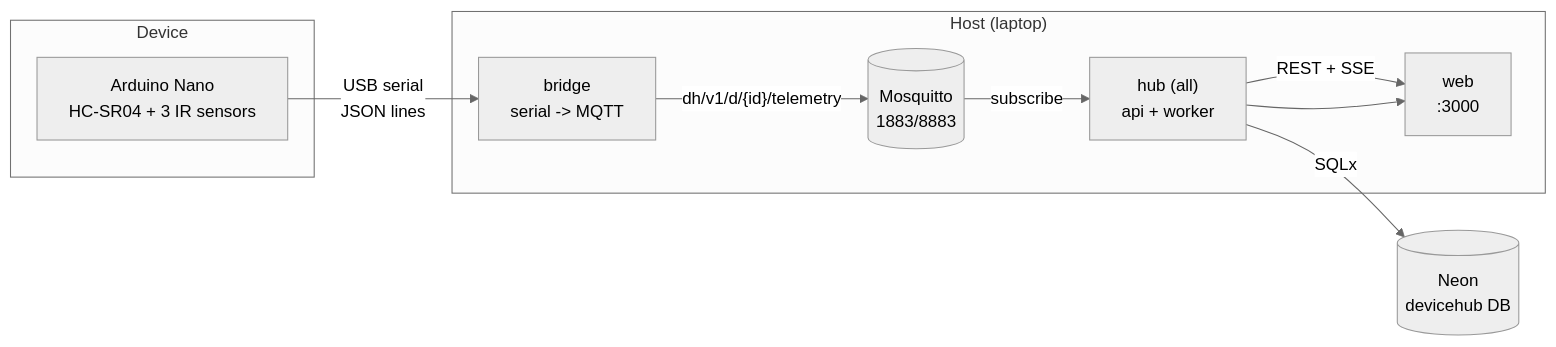
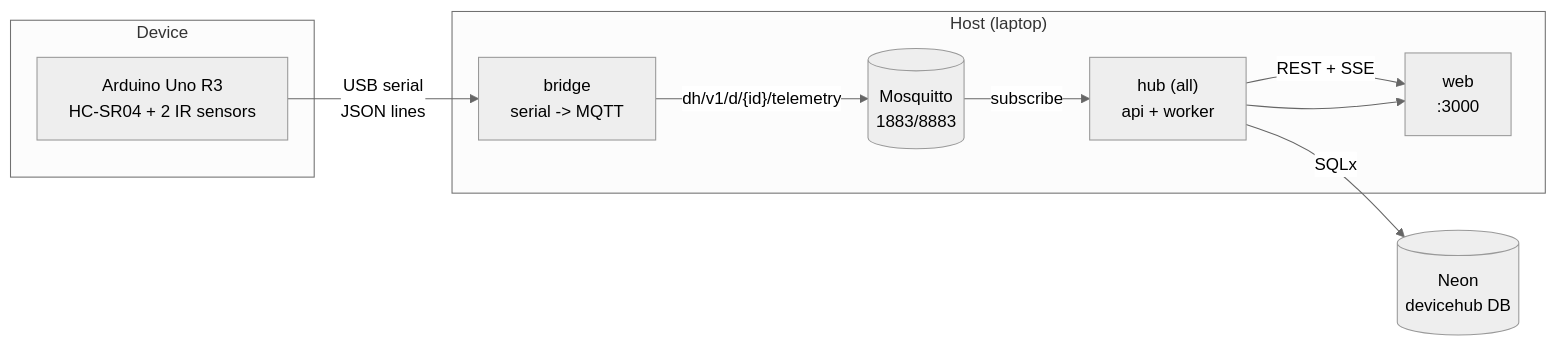
One commit to AmitxParmar/agentic-knowledge-base changed the diagram in docs/DeviceHub/PHASE_2_PLAN.md. Above: the diagram before and after it, drawn with Mermaid (neutral theme). The commit also changed other lines of this file and 7 other files, not shown here.

````diff
--- a/docs/DeviceHub/PHASE_2_PLAN.md
+++ b/docs/DeviceHub/PHASE_2_PLAN.md
@@ -94,20 +94,20 @@
 ```mermaid
 flowchart LR
   subgraph Device
-    N["Arduino Nano<br/>HC-SR04 + 3 IR sensors"]
+    N["Arduino Uno R3<br/>HC-SR04 + 2 IR sensors"]
   end
   subgraph Laptop["Host (laptop)"]
     B["bridge<br/>serial -> MQTT"]
     M[("Mosquitto<br/>1883/8883")]
     H["hub (all)<br/>api + worker"]
     W["web<br/>:3000"]
   end
   PG[("Neon<br/>devicehub DB")]
 
   N -- "USB serial<br/>JSON lines" --> B
   B -- "dh/v1/d/{id}/telemetry" --> M
   M -- "subscribe" --> H
   H -- "SQLx" --> PG
   H -- "REST + SSE" --> W
   H --> W
 ```
````
